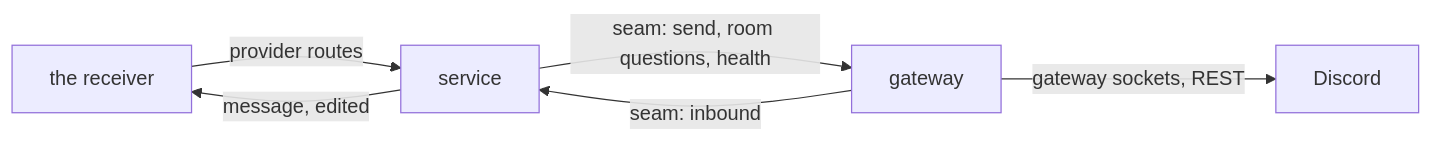
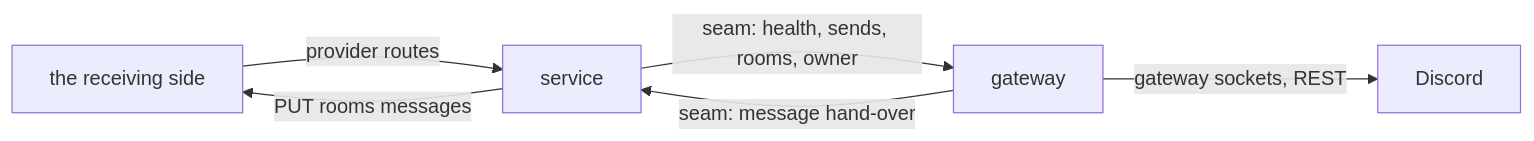
The diagram in docs/boundary-api.md (ahas/bmo-discord), drawn with Mermaid before and after one commit. The commit also changed other lines of this file and 36 other files, not shown here.

````diff
--- a/docs/boundary-api.md
+++ b/docs/boundary-api.md
@@ -16,8 +17,8 @@
 ```mermaid
 flowchart LR
-  Rx[the receiver] -->|provider routes| S[service]
-  S -->|message, edited| Rx
-  S -->|seam: send, room questions, health| G[gateway]
-  G -->|seam: inbound| S
+  Rx[the receiving side] -->|provider routes| S[service]
+  S -->|PUT rooms messages| Rx
+  S -->|seam: health, sends, rooms, owner| G[gateway]
+  G -->|seam: message hand-over| S
   G -->|gateway sockets, REST| DC[Discord]
 ```
````
